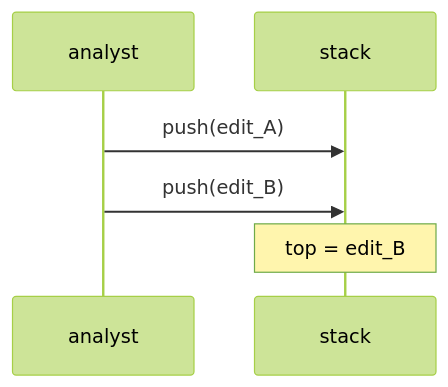
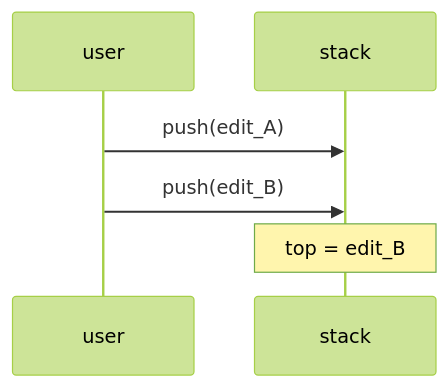
Before and after one commit to qgjones9/python-programming-guide: the fifth of 8 diagrams in docs/dsa/data-structures/stacks/index.md, drawn with Mermaid (forest theme). The commit also changed other lines of this file and 31 other files, not shown here.

````diff
--- a/docs/dsa/data-structures/stacks/index.md
+++ b/docs/dsa/data-structures/stacks/index.md
@@ -355,8 +355,8 @@
 ```mermaid
 sequenceDiagram
-  participant U as analyst
-  participant S as stack
-  U->>S: push(edit_A)
-  U->>S: push(edit_B)
-  Note over S: top = edit_B
+ participant U as user
+ participant S as stack
+ U->>S: push(edit_A)
+ U->>S: push(edit_B)
+ Note over S: top = edit_B
 ```
````
